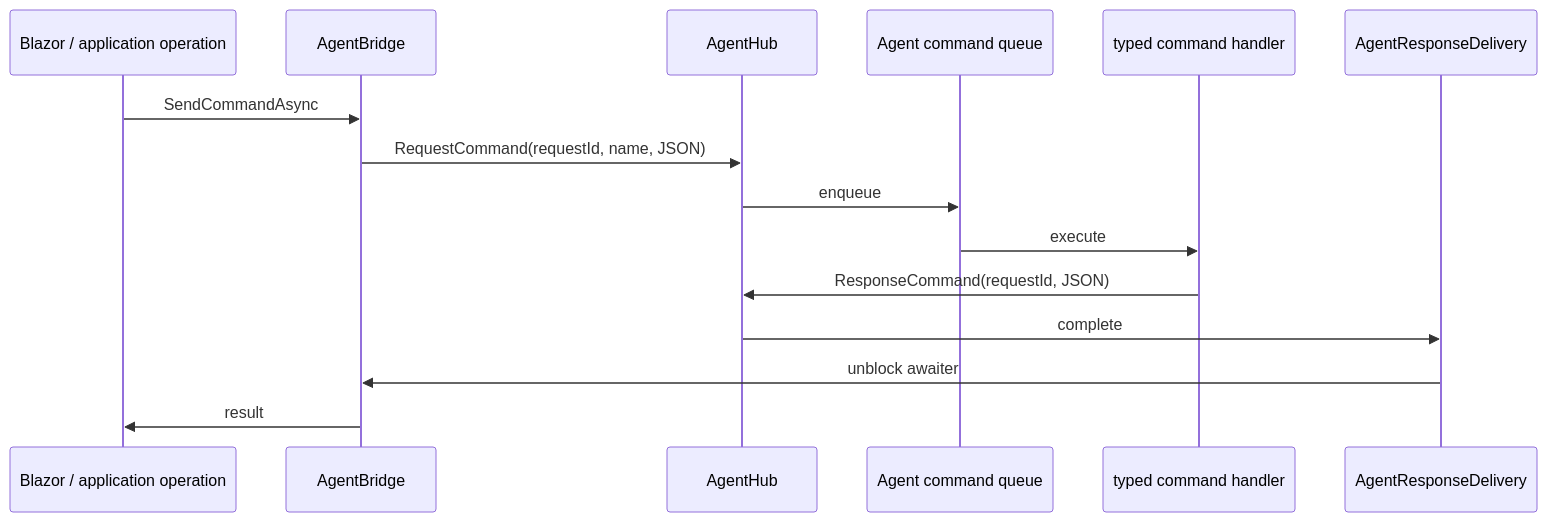
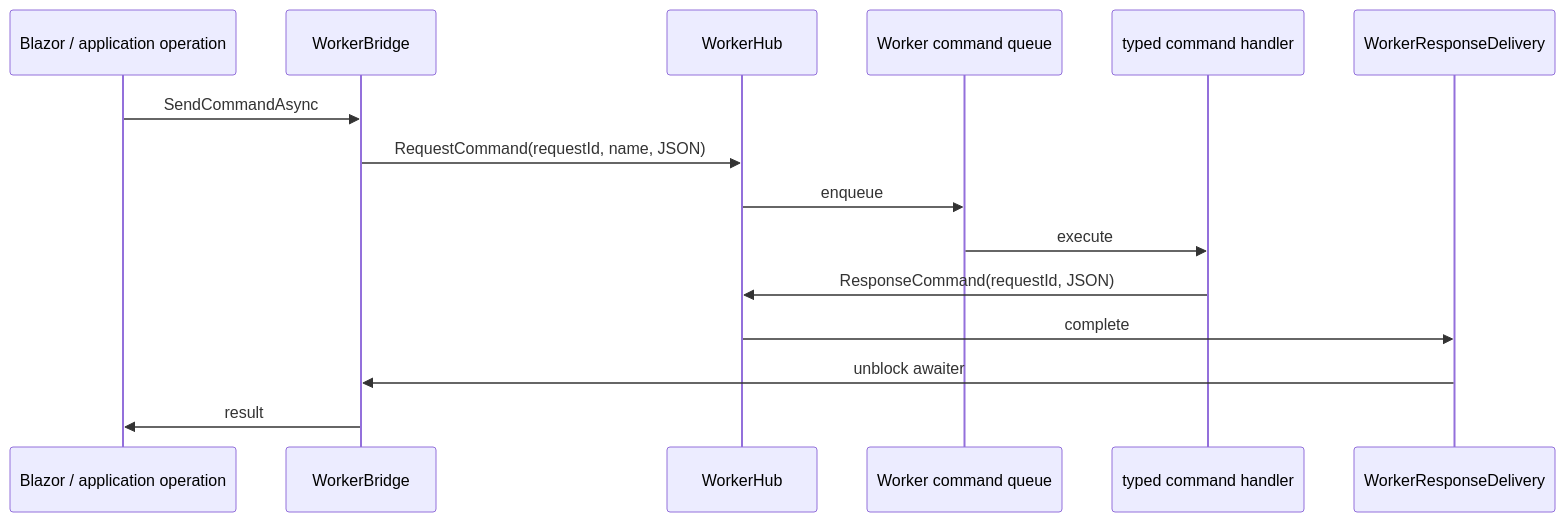
Before and after one commit to Jandini/GrayMoon: the first of 6 diagrams in docs/architecture/04-runtime-communication-and-concurrency.md, drawn with Mermaid. The commit also changed other lines of this file and 774 other files, not shown here.

Commit message:
Rename agent to worker (#383)

````diff
--- a/docs/architecture/04-runtime-communication-and-concurrency.md
+++ b/docs/architecture/04-runtime-communication-and-concurrency.md
@@ -9,18 +9,18 @@
 ```mermaid
 sequenceDiagram
   participant UI as Blazor / application operation
-  participant Bridge as AgentBridge
-  participant Hub as AgentHub
-  participant Queue as Agent command queue
+  participant Bridge as WorkerBridge
+  participant Hub as WorkerHub
+  participant Queue as Worker command queue
   participant Handler as typed command handler
-  participant Delivery as AgentResponseDelivery
+  participant Delivery as WorkerResponseDelivery
 
   UI->>Bridge: SendCommandAsync
   Bridge->>Hub: RequestCommand(requestId, name, JSON)
   Hub->>Queue: enqueue
   Queue->>Handler: execute
   Handler->>Hub: ResponseCommand(requestId, JSON)
   Hub->>Delivery: complete
   Delivery->>Bridge: unblock awaiter
   Bridge->>UI: result
 ```
````
